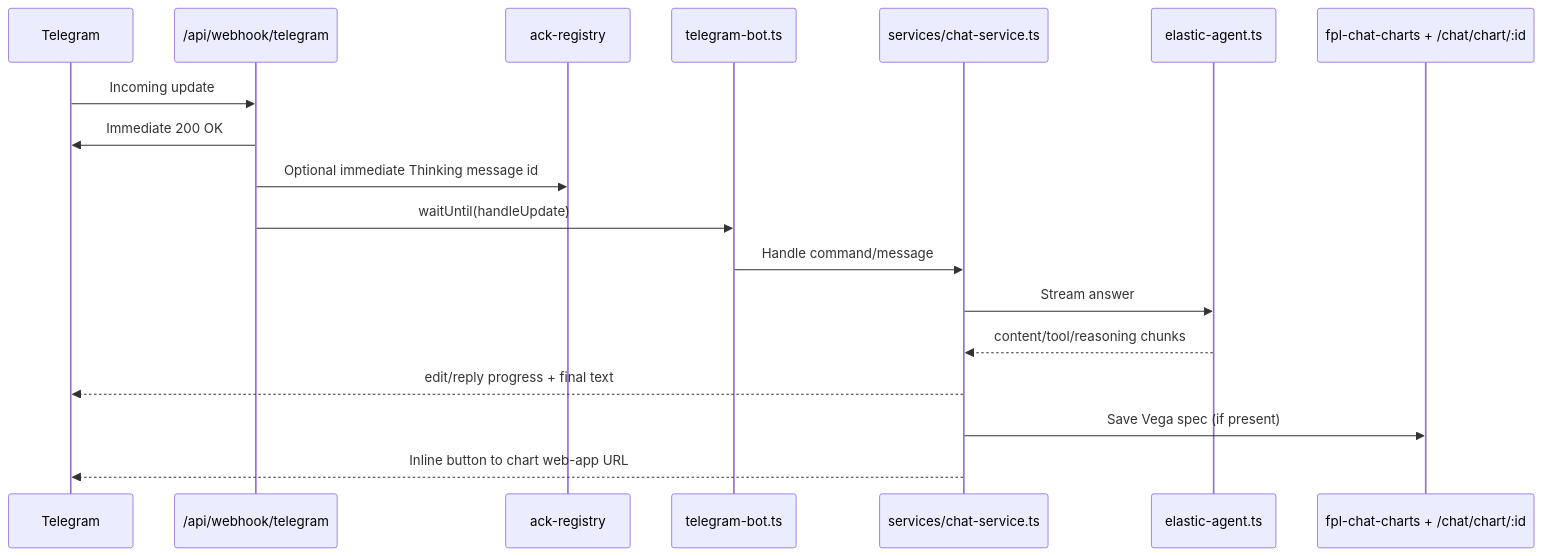
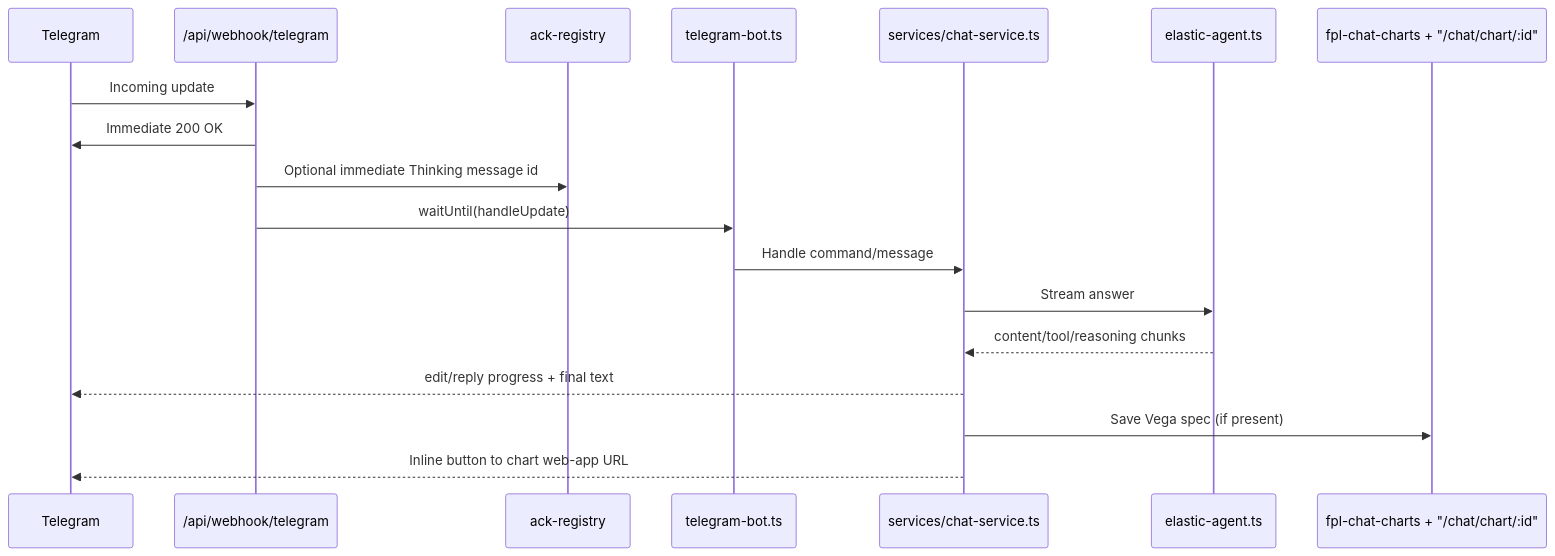
The diagram in docs/chat/architecture/telegram-integration.md (AllardQuek/FPL-Wrapped), drawn with Mermaid before and after one commit. The commit also changed 2 other files, not shown here.

Commit message:
Add quotes for paths

````diff
--- a/docs/chat/architecture/telegram-integration.md
+++ b/docs/chat/architecture/telegram-integration.md
@@ -14,21 +14,21 @@
 ```mermaid
 sequenceDiagram
     participant Tg as Telegram
     participant Hook as /api/webhook/telegram
     participant Ack as ack-registry
     participant Bot as telegram-bot.ts
     participant Service as services/chat-service.ts
     participant Agent as elastic-agent.ts
-    participant Charts as fpl-chat-charts + /chat/chart/:id
+    participant Charts as fpl-chat-charts + "/chat/chart/:id"
 
     Tg->>Hook: Incoming update
     Hook->>Tg: Immediate 200 OK
     Hook->>Ack: Optional immediate Thinking message id
     Hook->>Bot: waitUntil(handleUpdate)
     Bot->>Service: Handle command/message
     Service->>Agent: Stream answer
     Agent-->>Service: content/tool/reasoning chunks
     Service-->>Tg: edit/reply progress + final text
     Service->>Charts: Save Vega spec (if present)
     Service-->>Tg: Inline button to chart web-app URL
 ```
````
